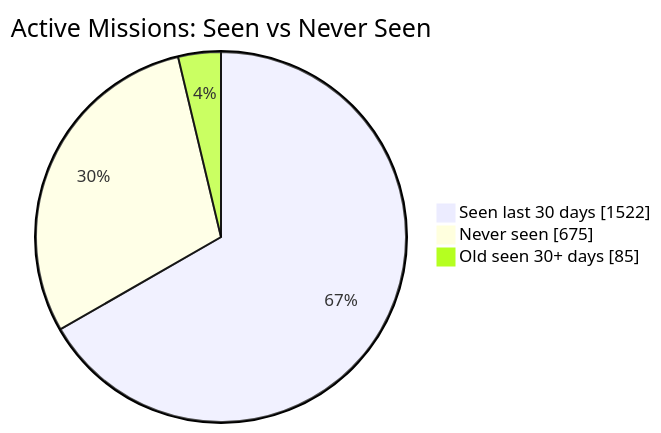
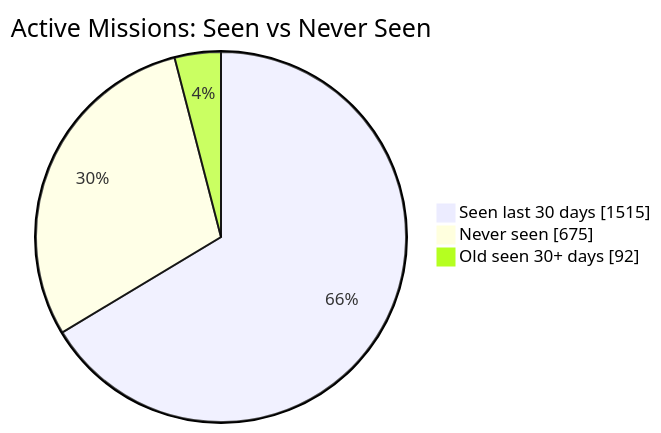
The first of 2 diagrams in README.md (MeldkamerspelGameTeam/active-missions), drawn with Mermaid before and after one commit. The commit also changed other lines of this file and 2 other files, not shown here.

````diff
--- a/README.md
+++ b/README.md
@@ -34,7 +34,7 @@
 ```mermaid
 pie showData
     title Active Missions: Seen vs Never Seen
-    "Seen last 30 days" : 1522
+    "Seen last 30 days" : 1515
     "Never seen" : 675
-    "Old seen 30+ days" : 85
+    "Old seen 30+ days" : 92
 ```
````
